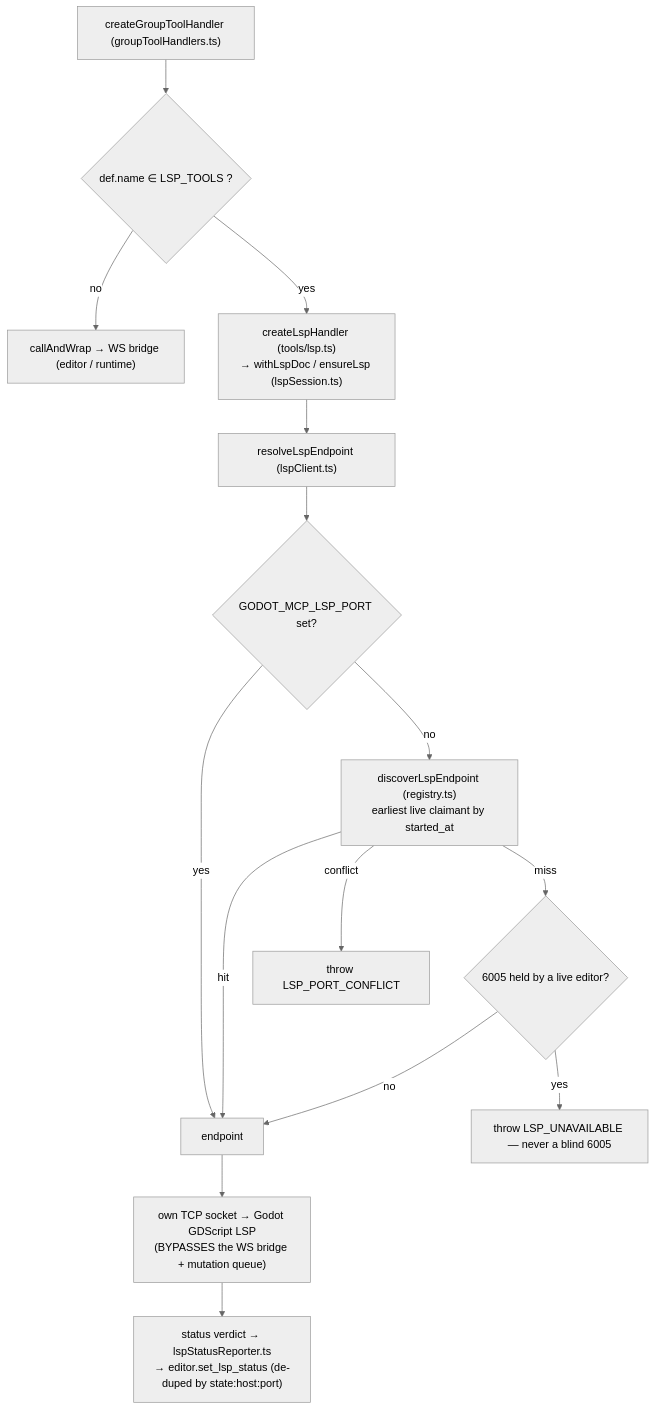
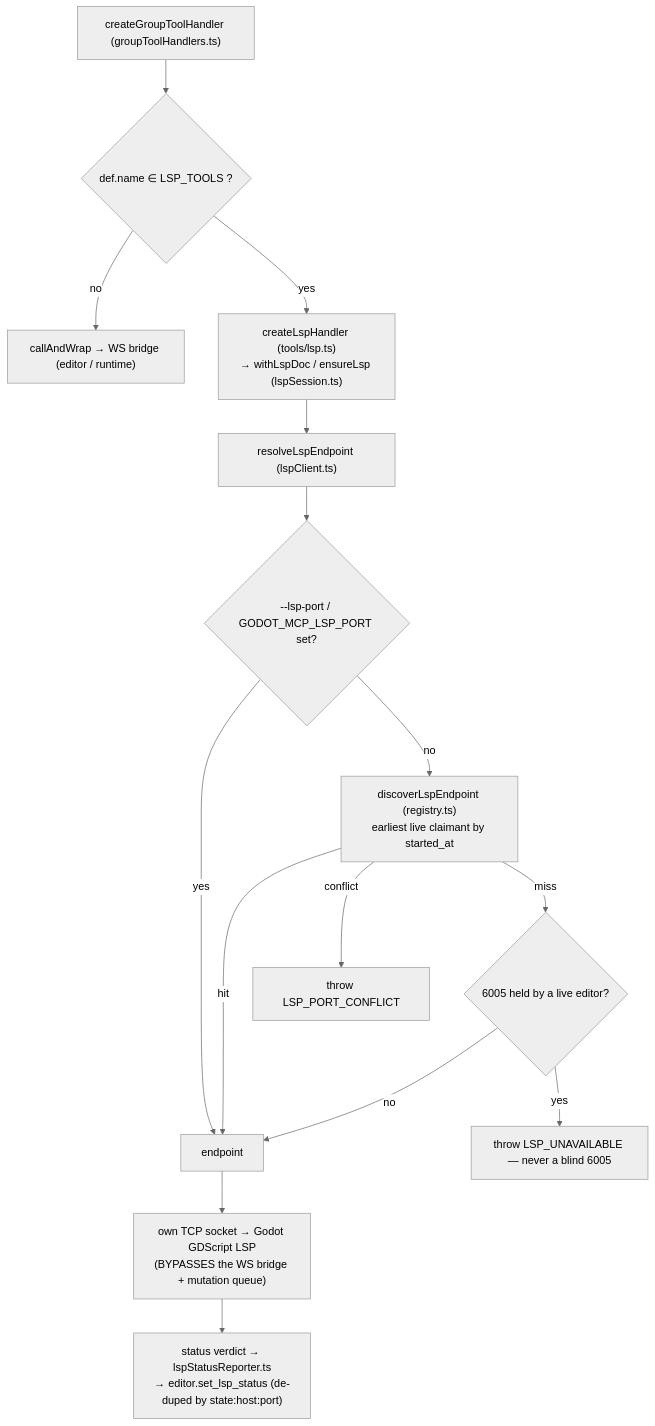
The tenth of 13 diagrams in docs/architecture/README.md (NPGameDev/godot-mcp-server), drawn with Mermaid (neutral theme) before and after one commit. The commit also changed other lines of this file and 33 other files, not shown here.

````diff
--- a/docs/architecture/README.md
+++ b/docs/architecture/README.md
@@ -509,17 +516,17 @@
 ```mermaid
 flowchart TD
     dispatch["createGroupToolHandler (groupToolHandlers.ts)"] --> isLsp{"def.name ∈ LSP_TOOLS ?"}
     isLsp -->|"no"| brdg["callAndWrap → WS bridge (editor / runtime)"]
     isLsp -->|"yes"| lspH["createLspHandler (tools/lsp.ts)<br/>→ withLspDoc / ensureLsp (lspSession.ts)"]
     lspH --> resolve["resolveLspEndpoint (lspClient.ts)"]
-    resolve --> t1{"GODOT_MCP_LSP_PORT set?"}
+    resolve --> t1{"--lsp-port / GODOT_MCP_LSP_PORT set?"}
     t1 -->|"yes"| ep["endpoint"]
     t1 -->|"no"| t2["discoverLspEndpoint (registry.ts)<br/>earliest live claimant by started_at"]
     t2 -->|"hit"| ep
     t2 -->|"conflict"| confl["throw LSP_PORT_CONFLICT"]
     t2 -->|"miss"| t3{"6005 held by a live editor?"}
     t3 -->|"no"| ep
     t3 -->|"yes"| unavail["throw LSP_UNAVAILABLE — never a blind 6005"]
     ep --> tcp["own TCP socket → Godot GDScript LSP<br/>(BYPASSES the WS bridge + mutation queue)"]
     tcp --> verdict["status verdict → lspStatusReporter.ts<br/>→ editor.set_lsp_status (de-duped by state:host:port)"]
 ```
````
